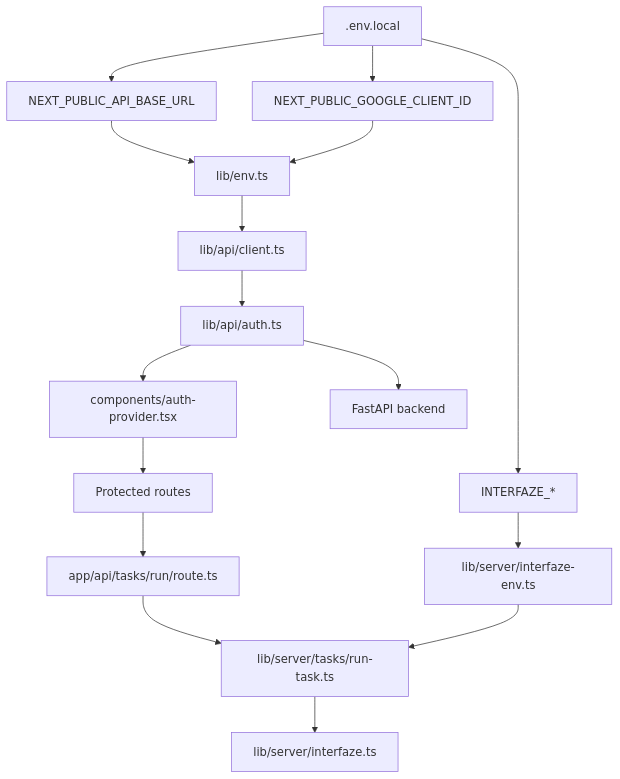
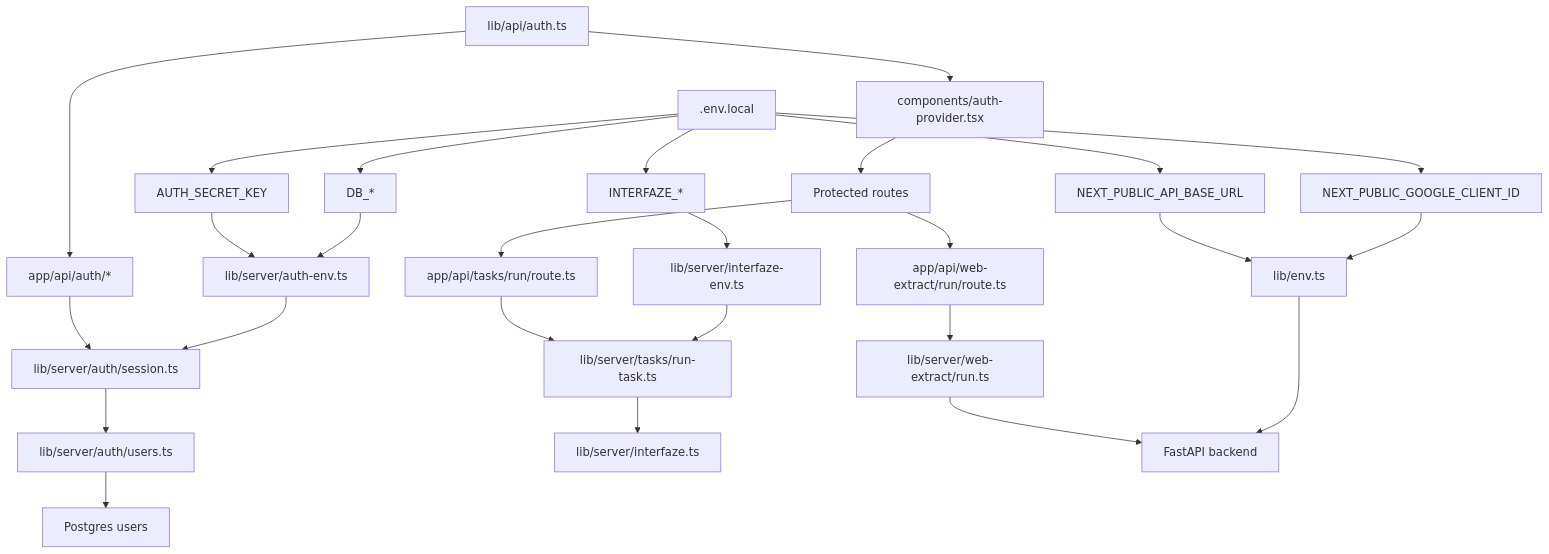
The eighth of 10 diagrams in frontend/ARCHITECTURE.md (eqan/Interfaze-Project), drawn with Mermaid before and after one commit. The commit also changed other lines of this file and 86 other files, not shown here.

````diff
--- a/frontend/ARCHITECTURE.md
+++ b/frontend/ARCHITECTURE.md
@@ -165,33 +210,51 @@
 ```mermaid
 flowchart TD
     Env[".env.local"]
     ApiBase["NEXT_PUBLIC_API_BASE_URL"]
     GoogleClient["NEXT_PUBLIC_GOOGLE_CLIENT_ID"]
+    AuthSecret["AUTH_SECRET_KEY"]
+    DbEnv["DB_*"]
     InterfazeEnv["INTERFAZE_*"]
     EnvHelper[lib/env.ts]
+    AuthEnv[lib/server/auth-env.ts]
     InterfazeHelper[lib/server/interfaze-env.ts]
-    ApiClient[lib/api/client.ts]
     AuthApi[lib/api/auth.ts]
+    AuthRoutes["app/api/auth/*"]
+    AuthWorkflow["lib/server/auth/session.ts"]
+    UsersDb["lib/server/auth/users.ts"]
     TaskRoute["app/api/tasks/run/route.ts"]
+    WebExtractRoute["app/api/web-extract/run/route.ts"]
+    WebExtractWorkflow["lib/server/web-extract/run.ts"]
     TaskWorkflow["lib/server/tasks/run-task.ts"]
     InterfazeSdk["lib/server/interfaze.ts"]
     AuthProvider[components/auth-provider.tsx]
     Routes[Protected routes]
     Backend[FastAPI backend]
+    Postgres[Postgres users]
 
     Env --> ApiBase
     Env --> GoogleClient
+    Env --> AuthSecret
+    Env --> DbEnv
     Env --> InterfazeEnv
     ApiBase --> EnvHelper
     GoogleClient --> EnvHelper
+    AuthSecret --> AuthEnv
+    DbEnv --> AuthEnv
     InterfazeEnv --> InterfazeHelper
-    EnvHelper --> ApiClient
-    ApiClient --> AuthApi
+    AuthApi --> AuthRoutes
+    AuthRoutes --> AuthWorkflow
+    AuthEnv --> AuthWorkflow
+    AuthWorkflow --> UsersDb
+    UsersDb --> Postgres
     AuthApi --> AuthProvider
     AuthProvider --> Routes
-    AuthApi --> Backend
     Routes --> TaskRoute
+    Routes --> WebExtractRoute
+    WebExtractRoute --> WebExtractWorkflow
+    WebExtractWorkflow --> Backend
     TaskRoute --> TaskWorkflow
     InterfazeHelper --> TaskWorkflow
     TaskWorkflow --> InterfazeSdk
+    EnvHelper --> Backend
 ```
````
